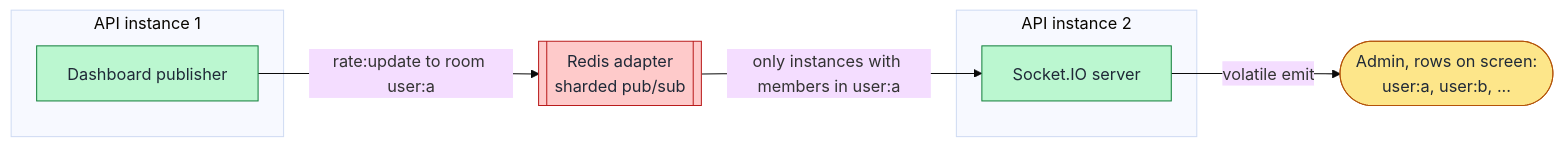
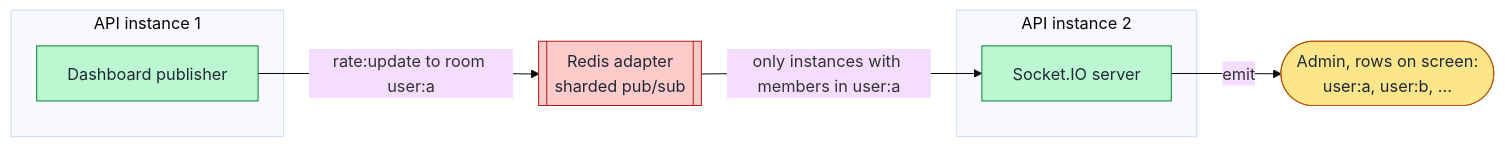
The diagram in apps/docs/src/content/docs/adrs/realtime-delivery.md (nitzanto/ratewatch), drawn with Mermaid (base theme) before and after one commit. The commit also changed other lines of this file and 37 other files, not shown here.

````diff
--- a/apps/docs/src/content/docs/adrs/realtime-delivery.md
+++ b/apps/docs/src/content/docs/adrs/realtime-delivery.md
@@ -43,18 +43,18 @@
 ```mermaid
 flowchart LR
   subgraph i1["API instance 1"]
     p1["Dashboard publisher"]:::api
   end
   subgraph i2["API instance 2"]
     s2["Socket.IO server"]:::api
   end
   bus[["Redis adapter<br/>sharded pub/sub"]]:::store
   a([Admin, rows on screen:<br/>user:a, user:b, ...]):::person
   p1 -- "rate:update to room user:a" --> bus
   bus -- "only instances with members in user:a" --> s2
-  s2 -- "volatile emit" --> a
+  s2 -- "emit" --> a
 
   classDef person fill:#fde68a,stroke:#b45309,color:#1f2937
   classDef api fill:#bbf7d0,stroke:#15803d,color:#1f2937
   classDef store fill:#fecaca,stroke:#b91c1c,color:#1f2937
 ```
````
